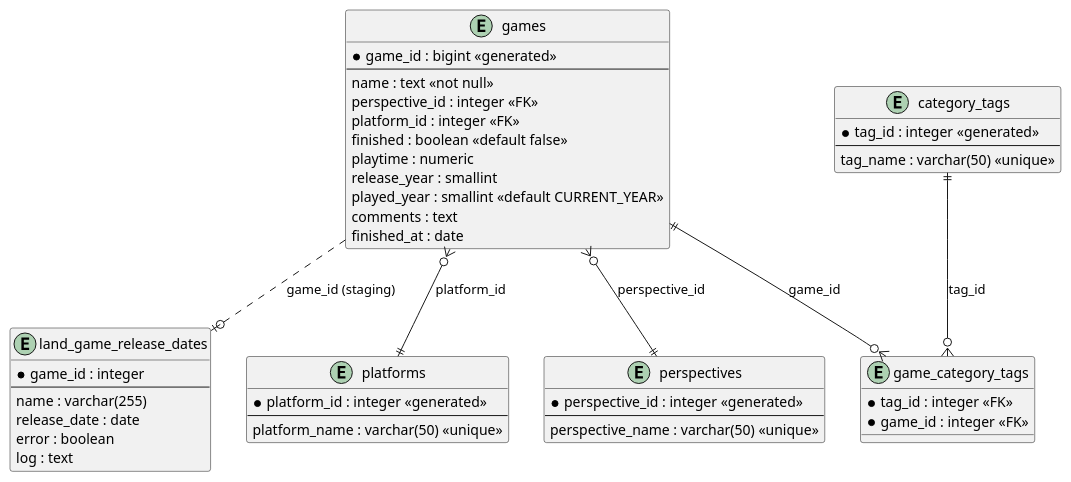
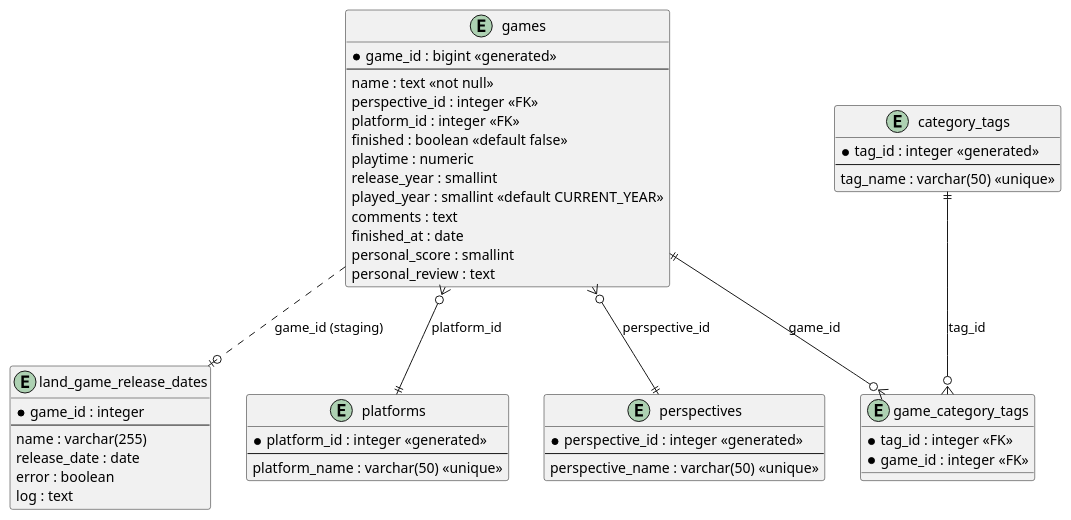
Before and after one commit to thjunge11/simpleFlaskWebApp: the diagram in utils/erd_diagram.puml, drawn with PlantUML. The commit also changed 1 other file, not shown here.

Commit message:
personal score/review in export and edr

```diff
--- a/utils/erd_diagram.puml
+++ b/utils/erd_diagram.puml
@@ -1,55 +1,57 @@
 @startuml ERD
 
 entity "games" as games {
   *game_id : bigint <<generated>>
   --
   name : text <<not null>>
   perspective_id : integer <<FK>>
   platform_id : integer <<FK>>
   finished : boolean <<default false>>
   playtime : numeric
   release_year : smallint
   played_year : smallint <<default CURRENT_YEAR>>
   comments : text
   finished_at : date
+  personal_score : smallint
+  personal_review : text
 }
 
 entity "perspectives" as perspectives {
   *perspective_id : integer <<generated>>
   --
   perspective_name : varchar(50) <<unique>>
 }
 
 entity "platforms" as platforms {
   *platform_id : integer <<generated>>
   --
   platform_name : varchar(50) <<unique>>
 }
 
 entity "category_tags" as category_tags {
   *tag_id : integer <<generated>>
   --
   tag_name : varchar(50) <<unique>>
 }
 
 entity "game_category_tags" as game_category_tags {
   *tag_id : integer <<FK>>
   *game_id : integer <<FK>>
 }
 
 entity "land_game_release_dates" as land_game_release_dates {
   *game_id : integer
   --
   name : varchar(255)
   release_date : date
   error : boolean
   log : text
 }
 
 games }o--|| perspectives : "perspective_id"
 games }o--|| platforms : "platform_id"
 games ||--o{ game_category_tags : "game_id"
 category_tags ||--o{ game_category_tags : "tag_id"
 games ..o| land_game_release_dates : "game_id (staging)"
 
 @enduml
```
